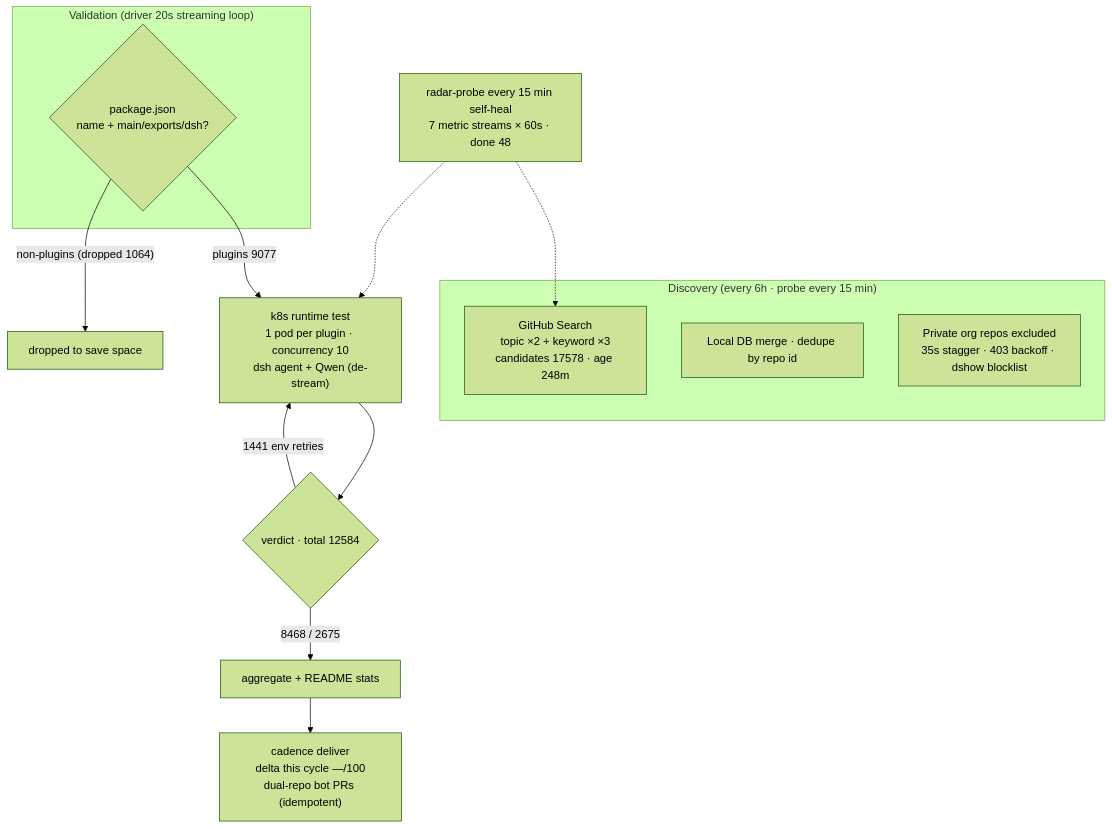
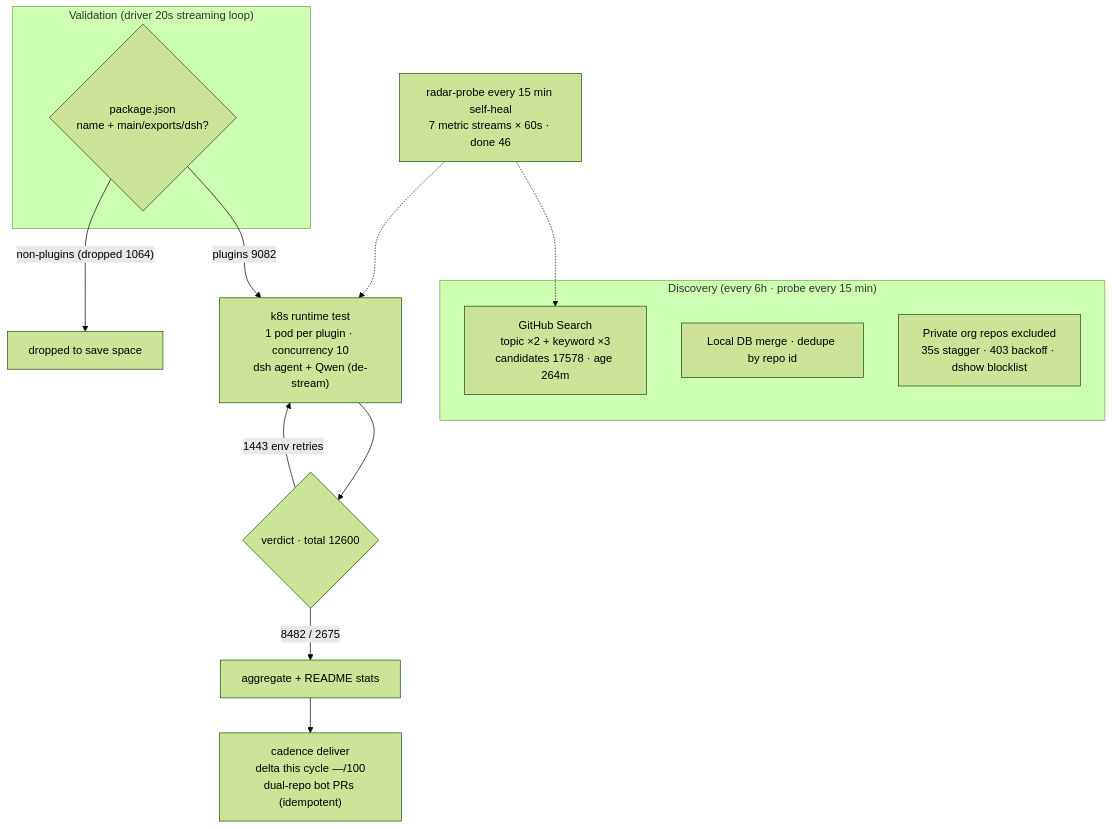
The diagram in README.en-US.md (AdamPlatin123/awesome-dsh-plugins), drawn with Mermaid (forest theme) before and after one commit. The commit also changed other lines of this file and 5 other files, not shown here.

````diff
--- a/README.en-US.md
+++ b/README.en-US.md
@@ -45,20 +45,20 @@
 ```mermaid
 flowchart TB
     subgraph Discovery["Discovery (every 6h · probe every 15 min)"]
-        A1["GitHub Search<br/>topic ×2 + keyword ×3<br/>candidates 17578 · age 248m"]
+        A1["GitHub Search<br/>topic ×2 + keyword ×3<br/>candidates 17578 · age 264m"]
         A2["Local DB merge · dedupe by repo id"]
         A3["Private org repos excluded<br/>35s stagger · 403 backoff · dshow blocklist"]
     end
     subgraph Validation["Validation (driver 20s streaming loop)"]
         B1{"package.json<br/>name + main/exports/dsh?"}
     end
-    B1 -->|"plugins 9077"| C1["k8s runtime test<br/>1 pod per plugin · concurrency 10<br/>dsh agent + Qwen (de-stream)"]
+    B1 -->|"plugins 9082"| C1["k8s runtime test<br/>1 pod per plugin · concurrency 10<br/>dsh agent + Qwen (de-stream)"]
     B1 -->|"non-plugins (dropped 1064)"| B3["dropped to save space"]
-    C1 --> D1{"verdict · total 12584"}
-    D1 -->|"8468 / 2675"| E1["aggregate + README stats"]
-    D1 -->|"1441 env retries"| C1
+    C1 --> D1{"verdict · total 12600"}
+    D1 -->|"8482 / 2675"| E1["aggregate + README stats"]
+    D1 -->|"1443 env retries"| C1
     E1 --> E2["cadence deliver<br/>delta this cycle —/100<br/>dual-repo bot PRs (idempotent)"]
-    M["radar-probe every 15 min self-heal<br/>7 metric streams × 60s · done 48"]
+    M["radar-probe every 15 min self-heal<br/>7 metric streams × 60s · done 46"]
     M -.-> A1
     M -.-> C1
 ```
````
